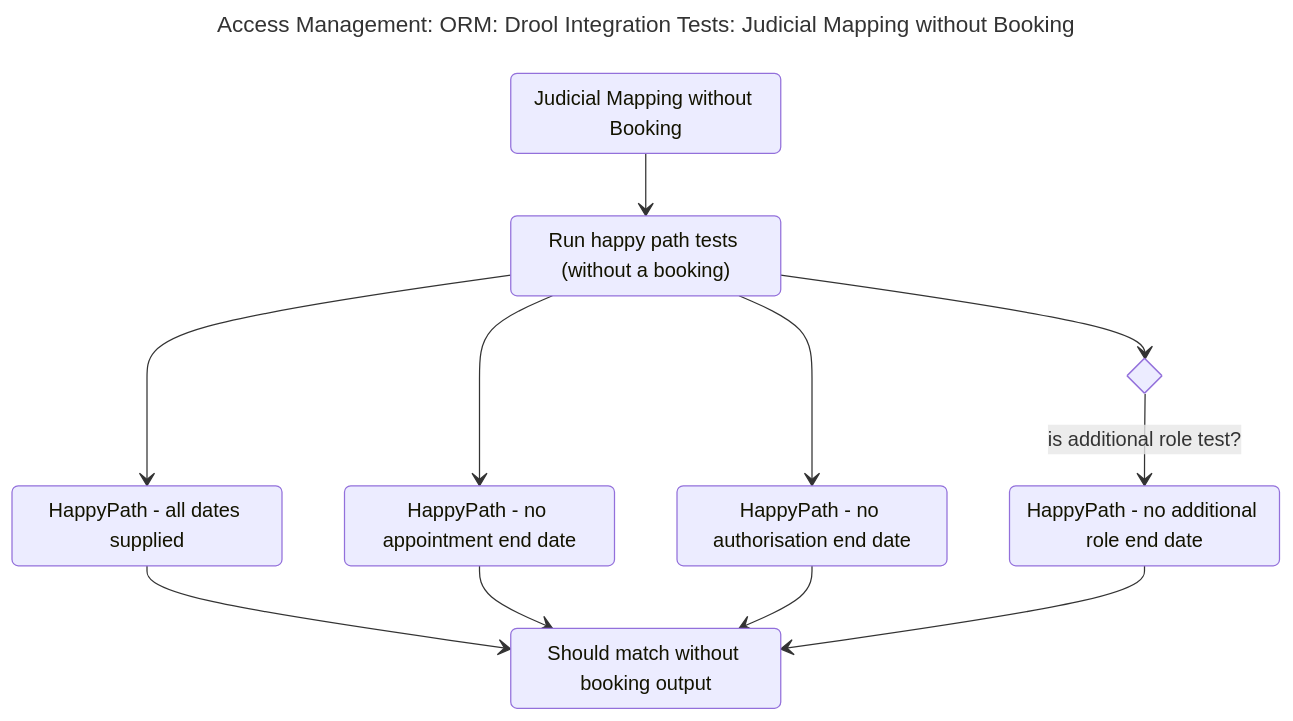
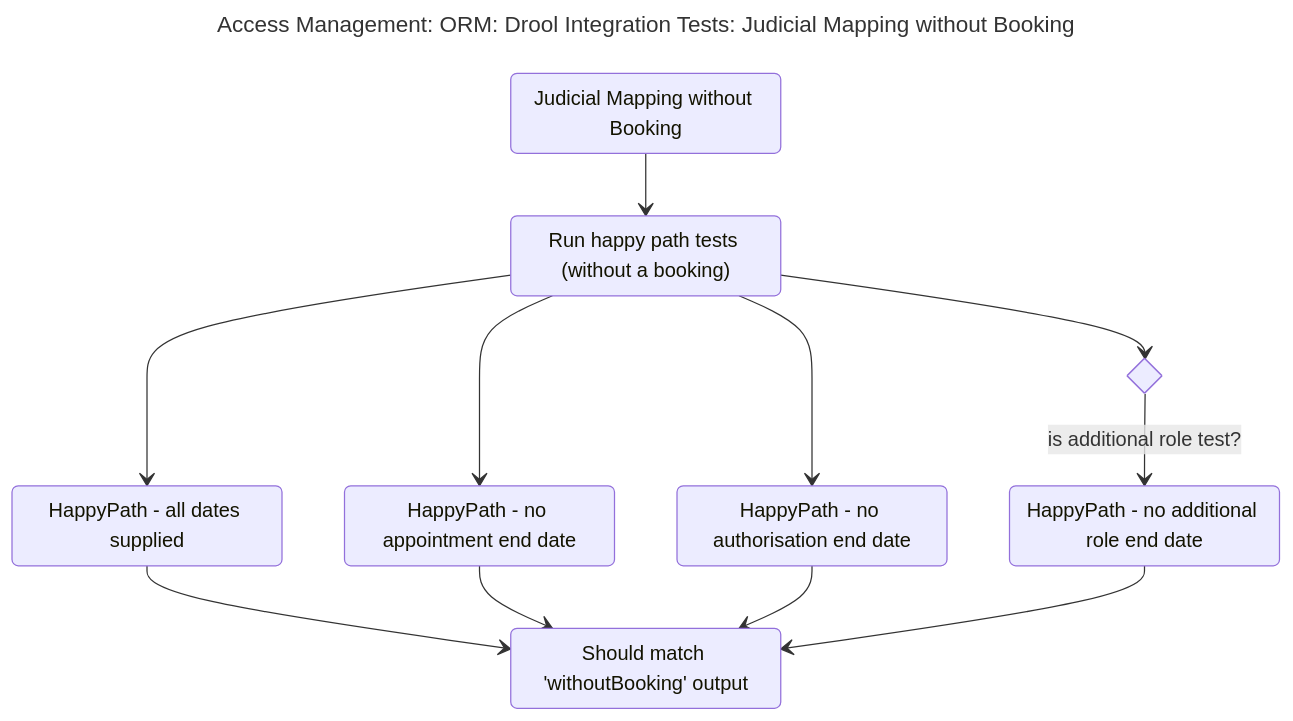
Before and after one commit to hmcts/am-org-role-mapping-service: the first of 3 diagrams in src/integrationTest/resources/DroolTests/README.md, drawn with Mermaid. The commit also changed other lines of this file and 2 other files, not shown here.

````diff
--- a/src/integrationTest/resources/DroolTests/README.md
+++ b/src/integrationTest/resources/DroolTests/README.md
@@ -8,37 +8,37 @@
 ```mermaid
 ---
 title: "Access Management: ORM: Drool Integration Tests: Judicial Mapping without Booking"
 ---
 stateDiagram-v2
 
     MappingTests ::: test : Judicial Mapping without Booking
 
     RunHappyPaths ::: testRun : Run happy path tests (without a booking)
 
     HappyPath1 ::: scenario : HappyPath - all dates supplied 
     HappyPath2 ::: scenario : HappyPath - no appointment end date
     HappyPath3 ::: scenario : HappyPath - no authorisation end date
     HappyPath4 ::: scenario : HappyPath - no additional role end date
 
-    shouldMatchWithoutBookingOutput ::: result : Should match without booking output
+    shouldMatchWithoutBookingOutput ::: result : Should match 'withoutBooking' output
 
     state is_additional_role_test <<choice>>
 
     MappingTests --> RunHappyPaths
 
     RunHappyPaths --> HappyPath1
     RunHappyPaths --> HappyPath2
     RunHappyPaths --> HappyPath3
     RunHappyPaths --> is_additional_role_test
     is_additional_role_test --> HappyPath4: is additional role test?
 
     HappyPath1 --> shouldMatchWithoutBookingOutput
     HappyPath2 --> shouldMatchWithoutBookingOutput
     HappyPath3 --> shouldMatchWithoutBookingOutput
     HappyPath4 --> shouldMatchWithoutBookingOutput
 
     classDef testRun fill:orange
     classDef test fill:white
     classDef result fill:green,color:white
     classDef scenario fill:navy,color:white
 ```
````
